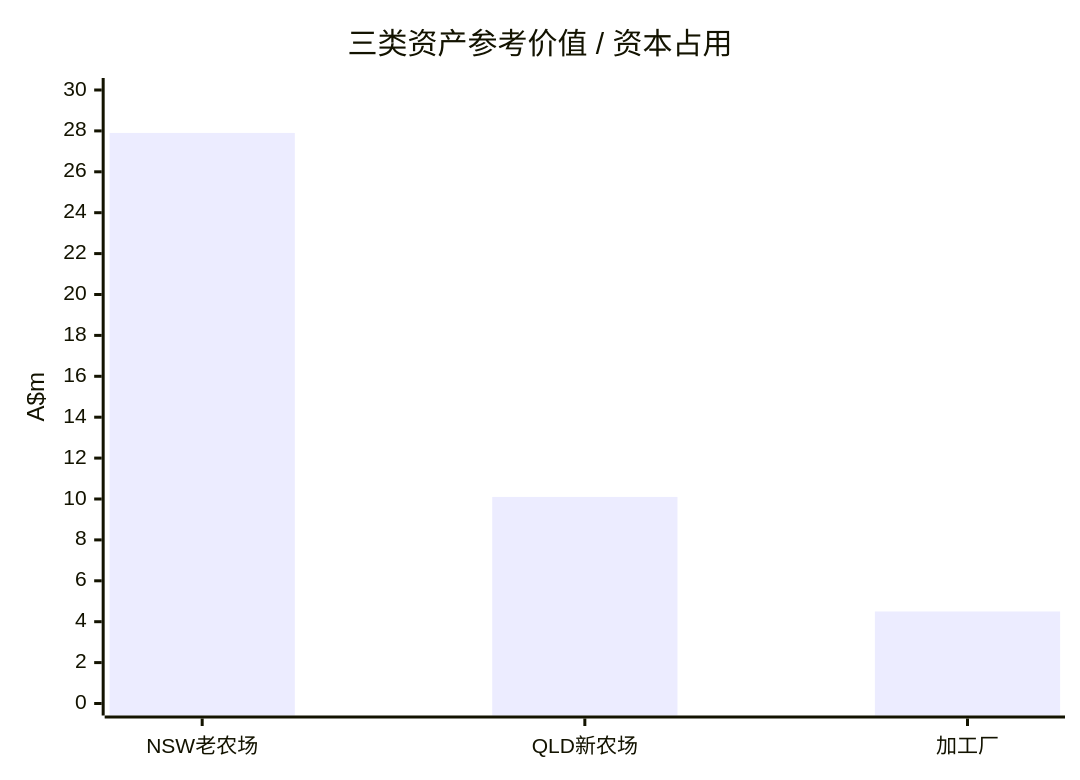
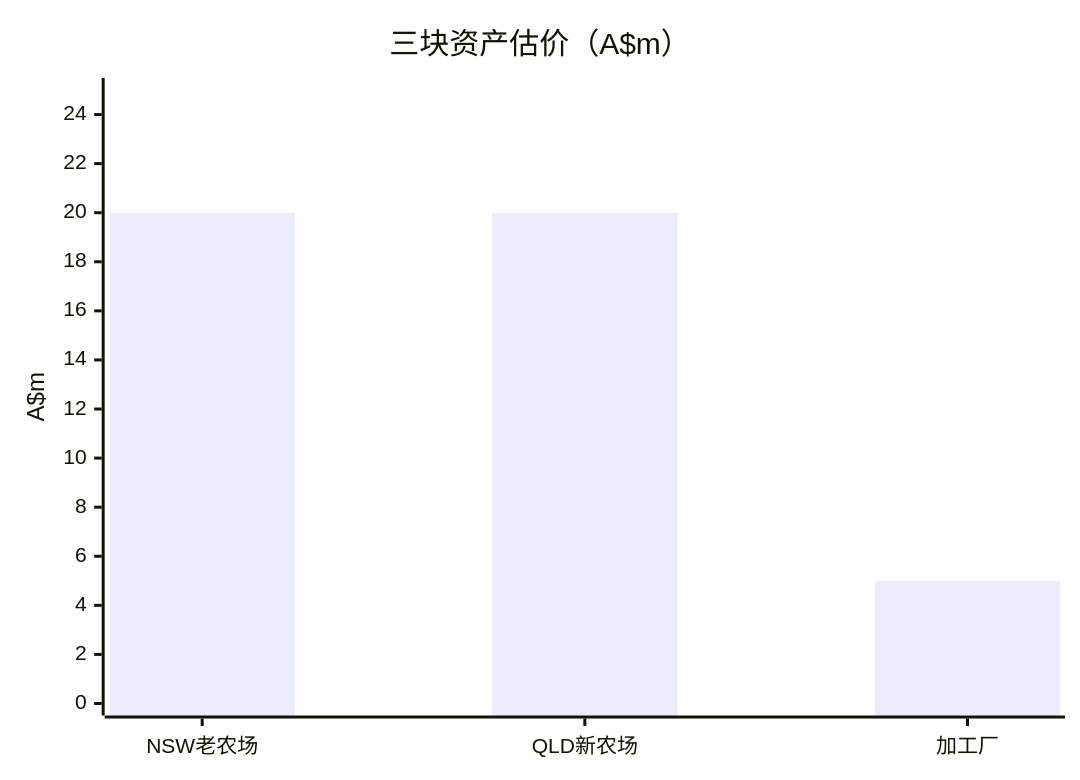
The first of 3 diagrams in 10_Projects/夏威夷果农场/股东投资人汇报.md (maxstillwell/obsidian), drawn with Mermaid before and after one commit. The commit also changed other lines of this file and 1 other file, not shown here.

````diff
--- a/10_Projects/夏威夷果农场/股东投资人汇报.md
+++ b/10_Projects/夏威夷果农场/股东投资人汇报.md
@@ -70,7 +82,7 @@
 ```mermaid
 xychart-beta
-  title "三类资产参考价值 / 资本占用"
+  title "三块资产估价（A$m）"
   x-axis ["NSW老农场", "QLD新农场", "加工厂"]
-  y-axis "A$m" 0 --> 30
-  bar [27.9, 10.1, 4.5]
+  y-axis "A$m" 0 --> 25
+  bar [20, 20, 5]
 ```
````
